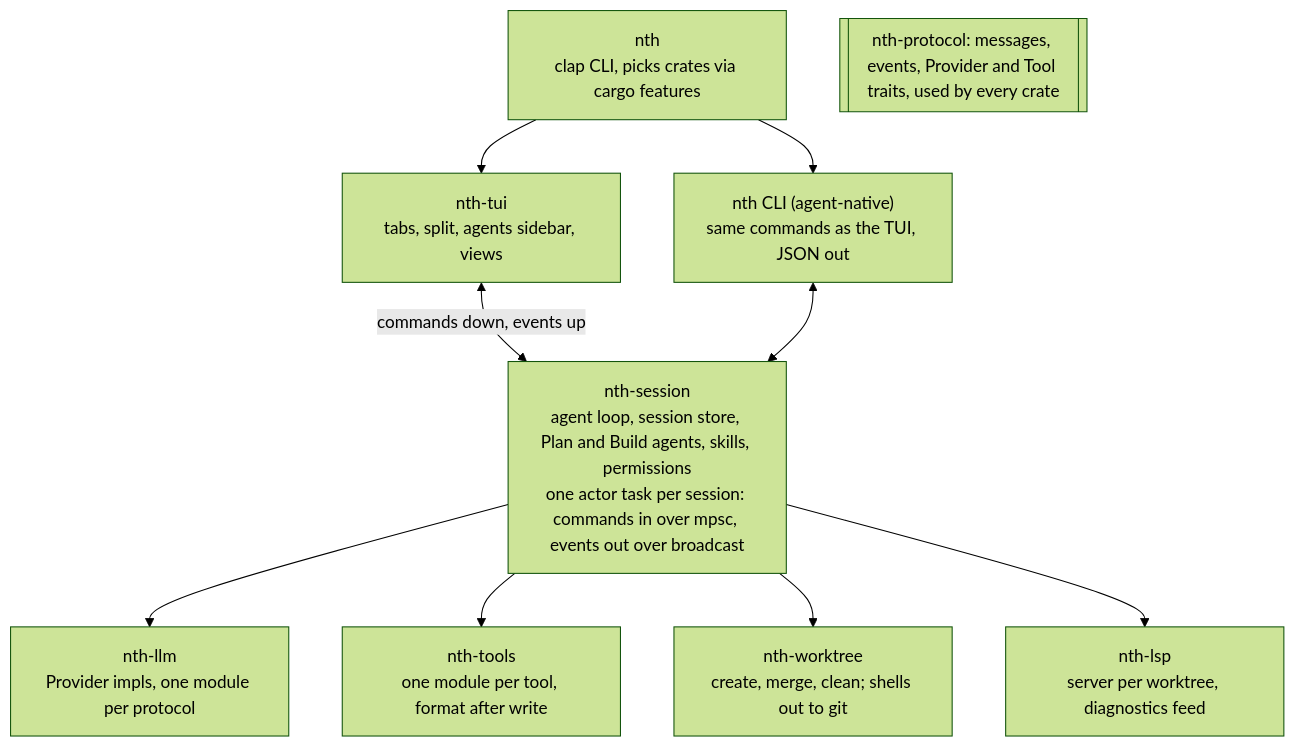
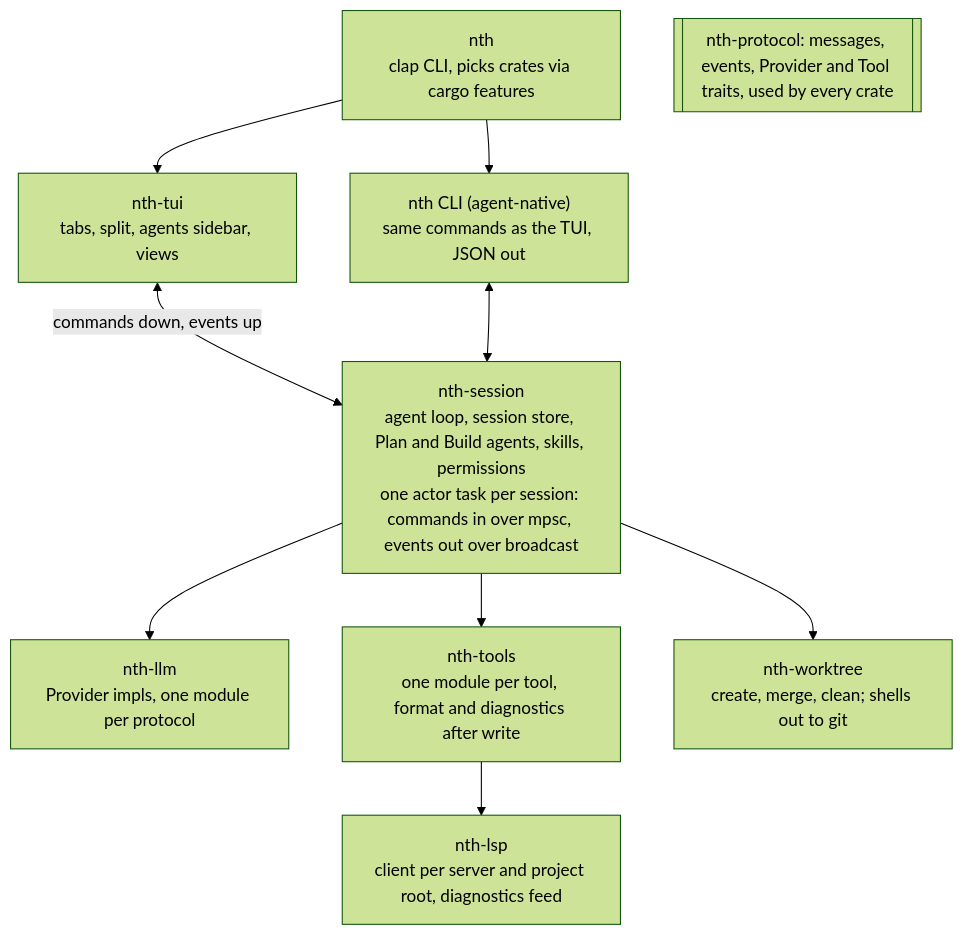
Before and after one commit to kloki/nth: the first of 4 diagrams in docs/design.md, drawn with Mermaid (forest theme). The commit also changed other lines of this file and 13 other files, not shown here.

First line of the commit message:
lsp: append language server errors to write results

````diff
--- a/docs/design.md
+++ b/docs/design.md
@@ -67,20 +67,20 @@
 ```mermaid
 flowchart TD
     bin["nth<br/>clap CLI, picks crates via cargo features"]
     tui["nth-tui<br/>tabs, split, agents sidebar, views"]
     cli["nth CLI (agent-native)<br/>same commands as the TUI, JSON out"]
     session["nth-session<br/>agent loop, session store, Plan and Build agents, skills, permissions<br/>one actor task per session: commands in over mpsc, events out over broadcast"]
     llm["nth-llm<br/>Provider impls, one module per protocol"]
-    tools["nth-tools<br/>one module per tool, format after write"]
+    tools["nth-tools<br/>one module per tool, format and diagnostics after write"]
     wt["nth-worktree<br/>create, merge, clean; shells out to git"]
-    lsp["nth-lsp<br/>server per worktree, diagnostics feed"]
+    lsp["nth-lsp<br/>client per server and project root, diagnostics feed"]
     proto[["nth-protocol: messages, events, Provider and Tool traits, used by every crate"]]
     bin --> tui
     bin --> cli
     tui <-->|commands down, events up| session
     cli <--> session
     session --> llm
     session --> tools
     session --> wt
-    session --> lsp
+    tools --> lsp
 ```
````
